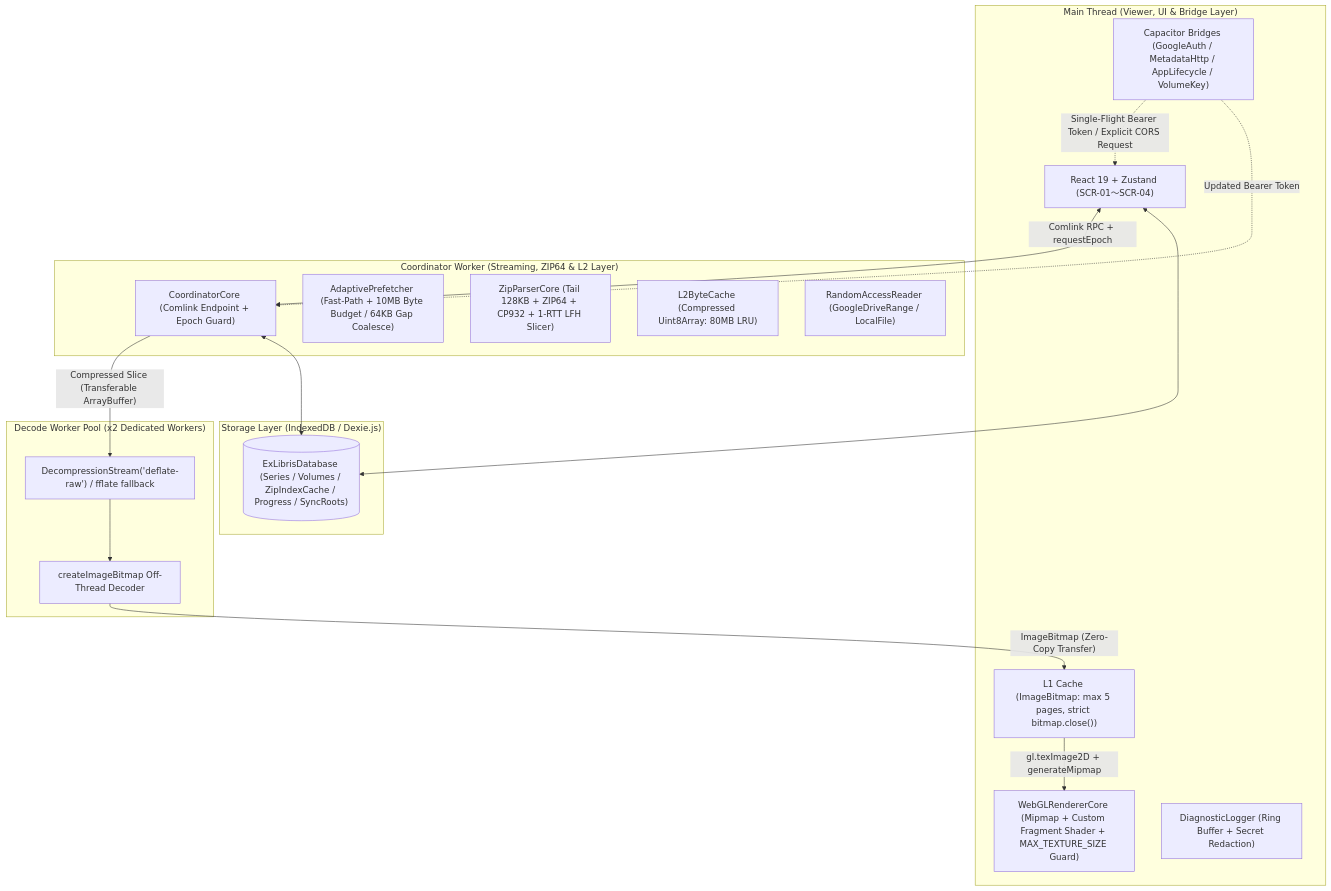
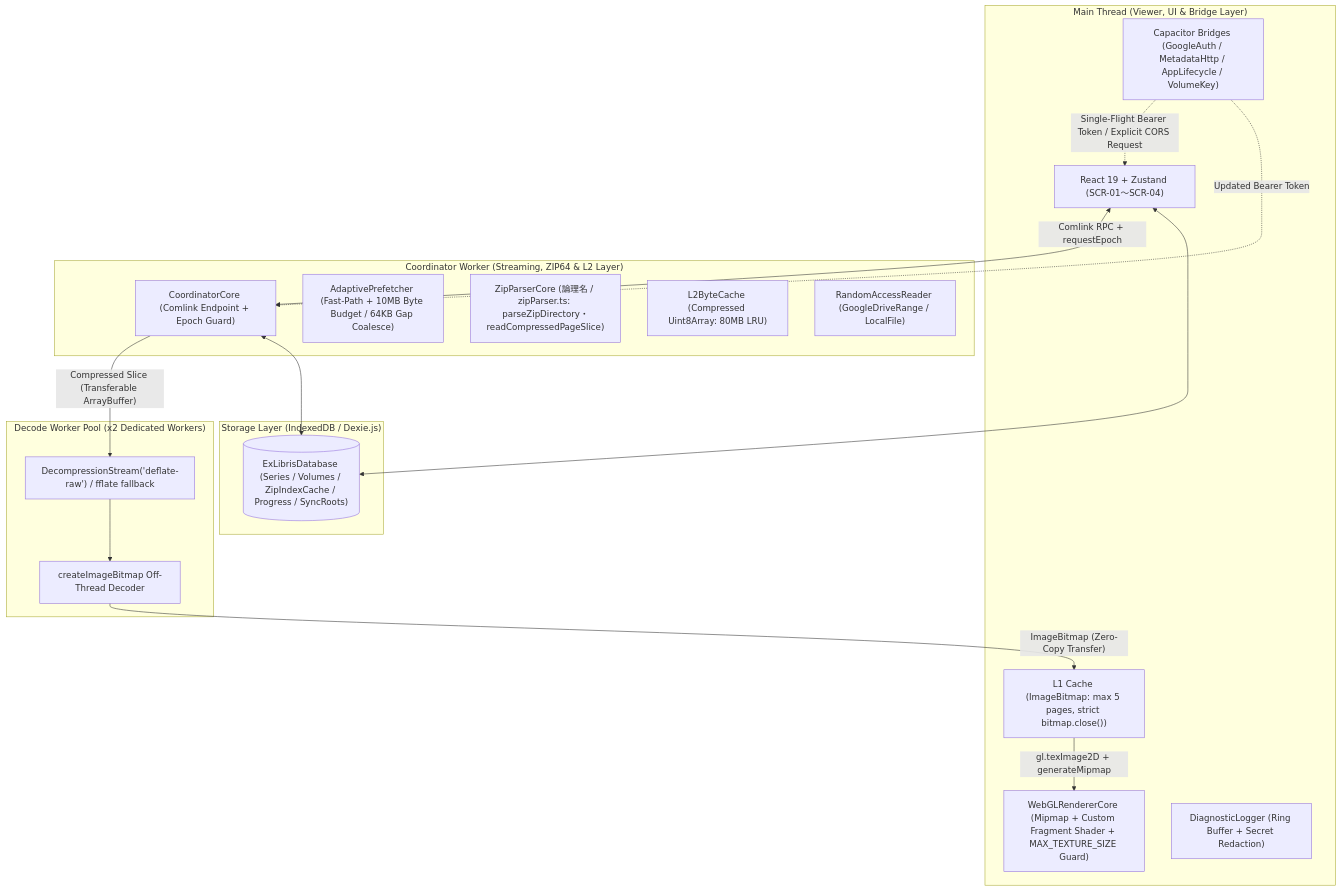
Before and after one commit to high-soar/ex-libris: the diagram in docs/specs/architecture.md, drawn with Mermaid. The commit also changed other lines of this file and 9 other files, not shown here.

````diff
--- a/docs/specs/architecture.md
+++ b/docs/specs/architecture.md
@@ -49,37 +50,37 @@
 ```mermaid
 flowchart TB
     subgraph UIThread["Main Thread (Viewer, UI & Bridge Layer)"]
         UI["React 19 + Zustand (SCR-01〜SCR-04)"]
         L1["L1 Cache (ImageBitmap: max 5 pages, strict bitmap.close())"]
         GL["WebGLRendererCore (Mipmap + Custom Fragment Shader + MAX_TEXTURE_SIZE Guard)"]
         Bridge["Capacitor Bridges (GoogleAuth / MetadataHttp / AppLifecycle / VolumeKey)"]
         Diag["DiagnosticLogger (Ring Buffer + Secret Redaction)"]
     end
 
     subgraph CoordThread["Coordinator Worker (Streaming, ZIP64 & L2 Layer)"]
         Coord["CoordinatorCore (Comlink Endpoint + Epoch Guard)"]
         Prefetch["AdaptivePrefetcher (Fast-Path + 10MB Byte Budget / 64KB Gap Coalesce)"]
-        ZipParser["ZipParserCore (Tail 128KB + ZIP64 + CP932 + 1-RTT LFH Slicer)"]
+        ZipParser["ZipParserCore (論理名 / zipParser.ts: parseZipDirectory・readCompressedPageSlice)"]
         L2["L2ByteCache (Compressed Uint8Array: 80MB LRU)"]
         Reader["RandomAccessReader (GoogleDriveRange / LocalFile)"]
     end
 
     subgraph DecodeThreads["Decode Worker Pool (x2 Dedicated Workers)"]
         Inflate["DecompressionStream('deflate-raw') / fflate fallback"]
         Decode["createImageBitmap Off-Thread Decoder"]
     end
 
     subgraph LocalStorage["Storage Layer (IndexedDB / Dexie.js)"]
         Dexie[("ExLibrisDatabase (Series / Volumes / ZipIndexCache / Progress / SyncRoots)")]
     end
 
     UI <-->|"Comlink RPC + requestEpoch"| Coord
     Coord -->|"Compressed Slice (Transferable ArrayBuffer)"| Inflate
     Inflate --> Decode
     Decode -->|"ImageBitmap (Zero-Copy Transfer)"| L1
     L1 -->|"gl.texImage2D + generateMipmap"| GL
     UI <--> Dexie
     Coord <--> Dexie
     Bridge -.->|"Single-Flight Bearer Token / Explicit CORS Request"| UI
     Bridge -.->|"Updated Bearer Token"| Coord
 ```
````
